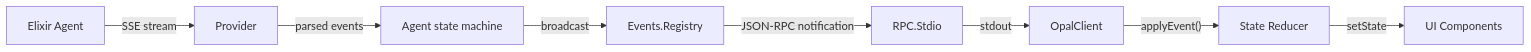
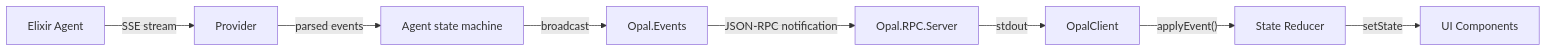
One commit to matteing/opal changed the second of 2 diagrams in docs/cli.md. Above: the diagram before and after it, drawn with Mermaid. The commit also changed other lines of this file and 37 other files, not shown here.

````diff
--- a/docs/cli.md
+++ b/docs/cli.md
@@ -170,10 +180,10 @@
 ```mermaid
 graph LR
     Server["Elixir Agent"] -- "SSE stream" --> Provider
     Provider -- "parsed events" --> Agent["Agent state machine"]
-    Agent -- "broadcast" --> Events["Events.Registry"]
-    Events -- "JSON-RPC notification" --> Stdio["RPC.Stdio"]
-    Stdio -- "stdout" --> Client["OpalClient"]
+    Agent -- "broadcast" --> Events["Opal.Events"]
+    Events -- "JSON-RPC notification" --> Rpc["Opal.RPC.Server"]
+    Rpc -- "stdout" --> Client["OpalClient"]
     Client -- "applyEvent()" --> Reducer["State Reducer"]
     Reducer -- "setState" --> React["UI Components"]
 ```
````
